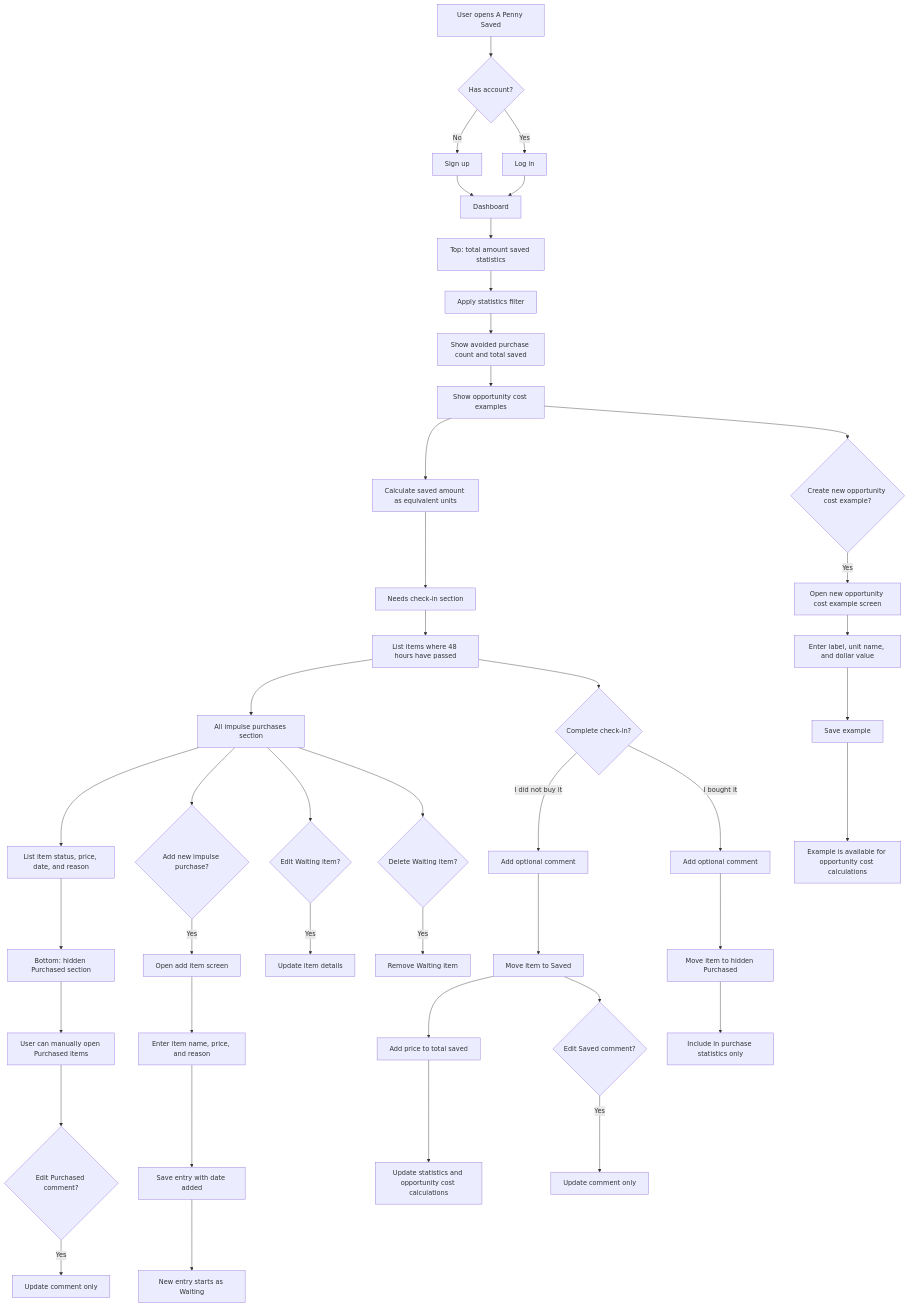
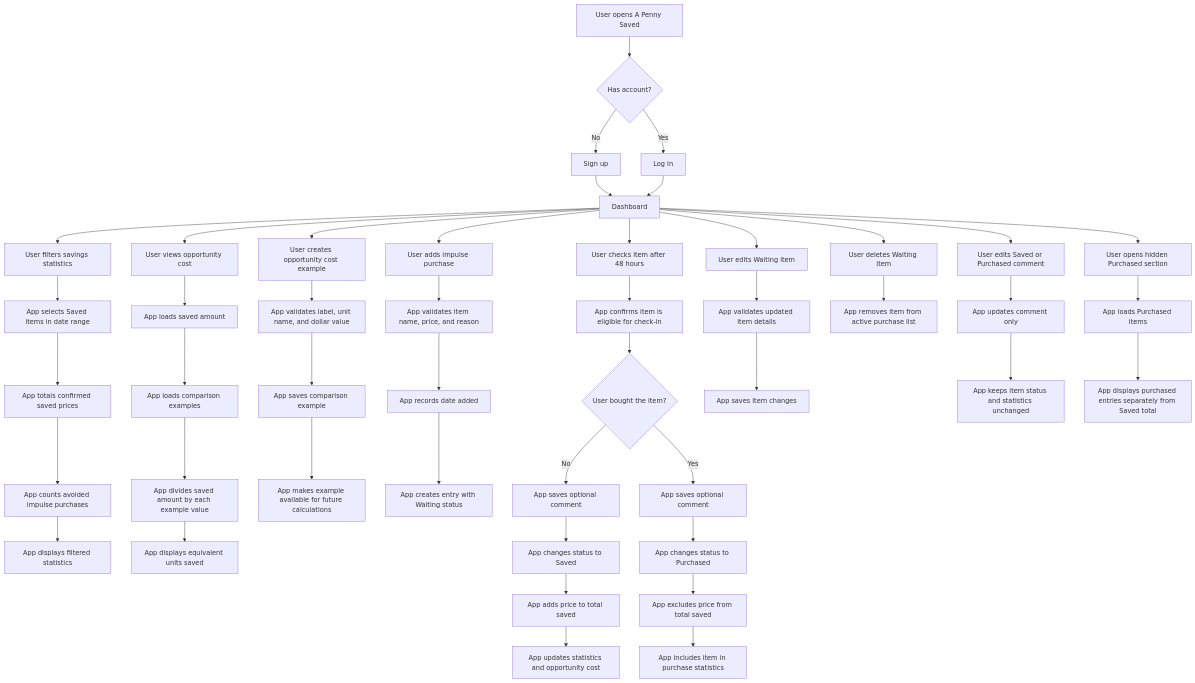
One commit to angelah9178/penny-saved changed the diagram in planning/FLOW-001-functional-flowcharts.md. Above: the diagram before and after it, drawn with Mermaid. The commit also changed 1 other file, not shown here.

Commit message:
Update flowcharts to have one branch per action

````diff
--- a/planning/FLOW-001-functional-flowcharts.md
+++ b/planning/FLOW-001-functional-flowcharts.md
@@ -5,50 +5,57 @@
 ```mermaid
 flowchart TD
     A[User opens A Penny Saved] --> B{Has account?}
     B -- No --> C[Sign up]
     B -- Yes --> D[Log in]
     C --> E[Dashboard]
     D --> E
 
-    E --> F[Top: total amount saved statistics]
-    F --> G[Apply statistics filter]
-    G --> H[Show avoided purchase count and total saved]
-    H --> I[Show opportunity cost examples]
-    I --> J[Calculate saved amount as equivalent units]
-    J --> K[Needs check-in section]
-    K --> L[List items where 48 hours have passed]
-    L --> M[All impulse purchases section]
-    M --> N[List item status, price, date, and reason]
-    N --> O[Bottom: hidden Purchased section]
-    O --> P[User can manually open Purchased items]
+    E --> F[User filters savings statistics]
+    F --> G[App selects Saved items in date range]
+    G --> H[App totals confirmed saved prices]
+    H --> I[App counts avoided impulse purchases]
+    I --> J[App displays filtered statistics]
 
-    I --> Q{Create new opportunity cost example?}
-    Q -- Yes --> R[Open new opportunity cost example screen]
-    R --> S[Enter label, unit name, and dollar value]
-    S --> T[Save example]
-    T --> U[Example is available for opportunity cost calculations]
+    E --> K[User views opportunity cost]
+    K --> L[App loads saved amount]
+    L --> M[App loads comparison examples]
+    M --> N[App divides saved amount by each example value]
+    N --> O[App displays equivalent units saved]
 
-    L --> V{Complete check-in?}
-    V -- I did not buy it --> W[Add optional comment]
-    W --> X[Move item to Saved]
-    X --> Y[Add price to total saved]
-    Y --> Z[Update statistics and opportunity cost calculations]
-    V -- I bought it --> AA[Add optional comment]
-    AA --> AB[Move item to hidden Purchased]
-    AB --> AC[Include in purchase statistics only]
+    E --> P[User creates opportunity cost example]
+    P --> Q[App validates label, unit name, and dollar value]
+    Q --> R[App saves comparison example]
+    R --> S[App makes example available for future calculations]
 
-    M --> AD{Add new impulse purchase?}
-    AD -- Yes --> AE[Open add item screen]
-    AE --> AF[Enter item name, price, and reason]
-    AF --> AG[Save entry with date added]
-    AG --> AH[New entry starts as Waiting]
+    E --> T[User adds impulse purchase]
+    T --> U[App validates item name, price, and reason]
+    U --> V[App records date added]
+    V --> W[App creates entry with Waiting status]
 
-    M --> AI{Edit Waiting item?}
-    AI -- Yes --> AJ[Update item details]
-    M --> AK{Delete Waiting item?}
-    AK -- Yes --> AL[Remove Waiting item]
-    X --> AM{Edit Saved comment?}
-    AM -- Yes --> AN[Update comment only]
-    P --> AO{Edit Purchased comment?}
-    AO -- Yes --> AP[Update comment only]
+    E --> X[User checks item after 48 hours]
+    X --> Y[App confirms item is eligible for check-in]
+    Y --> Z{User bought the item?}
+    Z -- No --> AA[App saves optional comment]
+    AA --> AB[App changes status to Saved]
+    AB --> AC[App adds price to total saved]
+    AC --> AD[App updates statistics and opportunity cost]
+    Z -- Yes --> AE[App saves optional comment]
+    AE --> AF[App changes status to Purchased]
+    AF --> AG[App excludes price from total saved]
+    AG --> AH[App includes item in purchase statistics]
+
+    E --> AI[User edits Waiting item]
+    AI --> AJ[App validates updated item details]
+    AJ --> AK[App saves item changes]
+
+    E --> AL[User deletes Waiting item]
+    AL --> AM[App removes item from active purchase list]
+
+    E --> AN[User edits Saved or Purchased comment]
+    AN --> AO[App updates comment only]
+    AO --> AP[App keeps item status and statistics unchanged]
+
+    E --> AQ[User opens hidden Purchased section]
+    AQ --> AR[App loads Purchased items]
+    AR --> AS[App displays purchased entries separately from Saved total]
 ```
````
